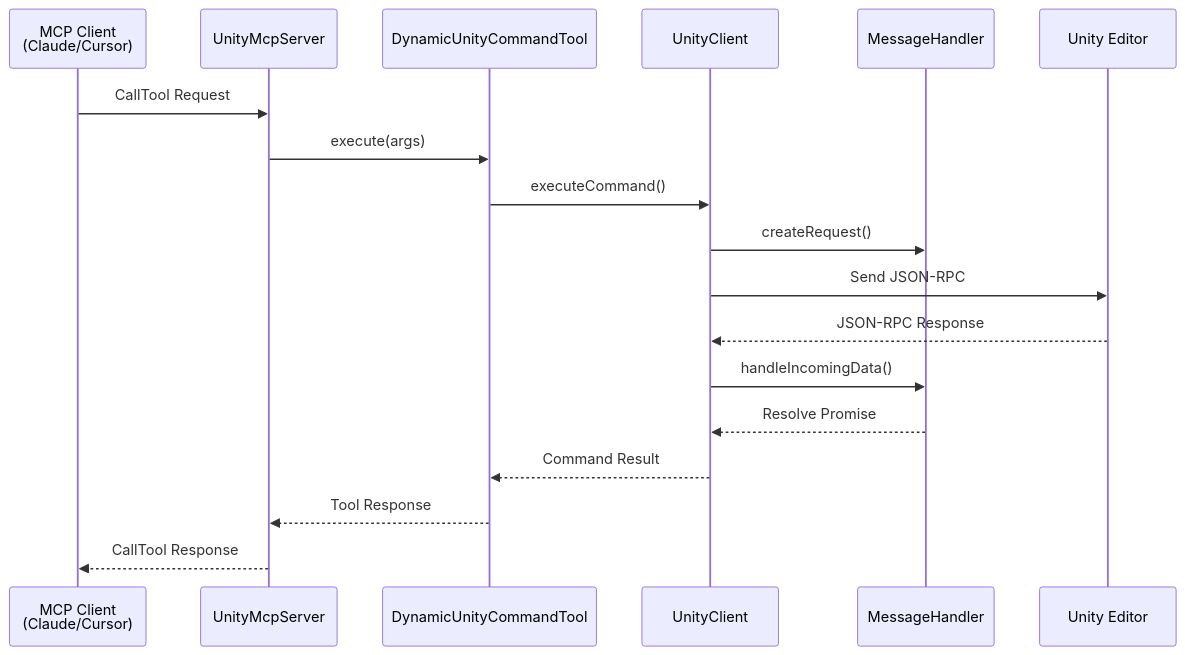
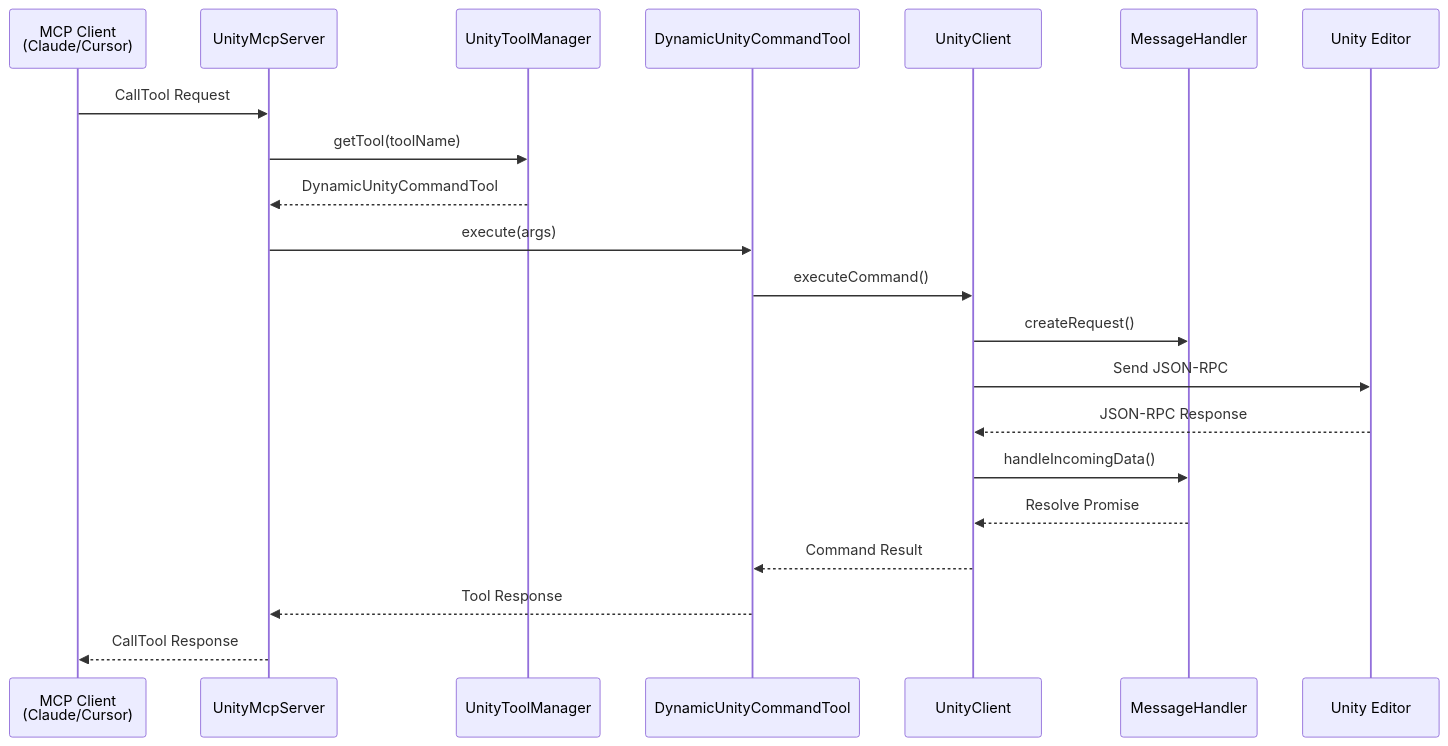
One commit to hatayama/uMCP changed the third of 3 diagrams in Packages/src/TypeScriptServer~/ARCHITECTURE.md. Above: the diagram before and after it, drawn with Mermaid. The commit also changed 3 other files, not shown here.

````diff
--- a/Packages/src/TypeScriptServer~/ARCHITECTURE.md
+++ b/Packages/src/TypeScriptServer~/ARCHITECTURE.md
@@ -174,21 +174,24 @@
 ```mermaid
 sequenceDiagram
     participant MC as MCP Client<br/>(Claude/Cursor)
     participant US as UnityMcpServer
+    participant UTM as UnityToolManager
     participant DT as DynamicUnityCommandTool
     participant UC as UnityClient
     participant MH as MessageHandler
     participant UE as Unity Editor
 
     MC->>US: CallTool Request
+    US->>UTM: getTool(toolName)
+    UTM-->>US: DynamicUnityCommandTool
     US->>DT: execute(args)
     DT->>UC: executeCommand()
     UC->>MH: createRequest()
     UC->>UE: Send JSON-RPC
     UE-->>UC: JSON-RPC Response
     UC->>MH: handleIncomingData()
     MH-->>UC: Resolve Promise
     UC-->>DT: Command Result
     DT-->>US: Tool Response
     US-->>MC: CallTool Response
 ```
````
